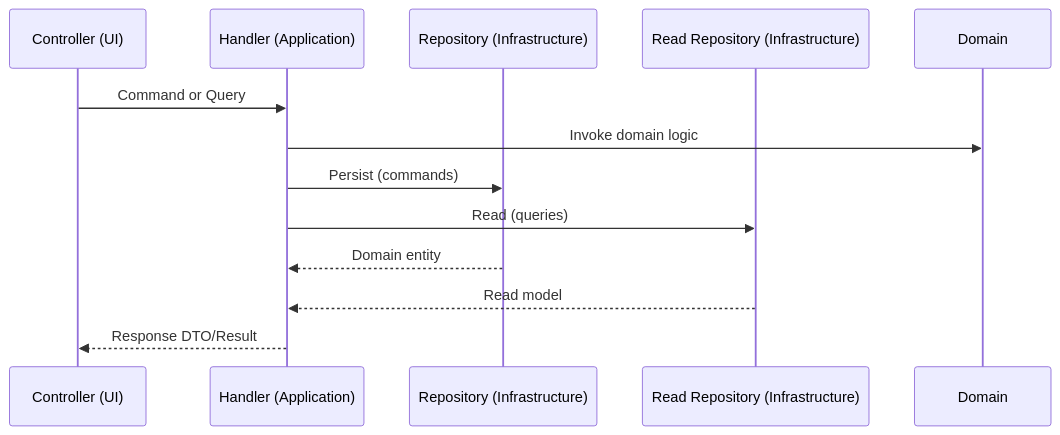
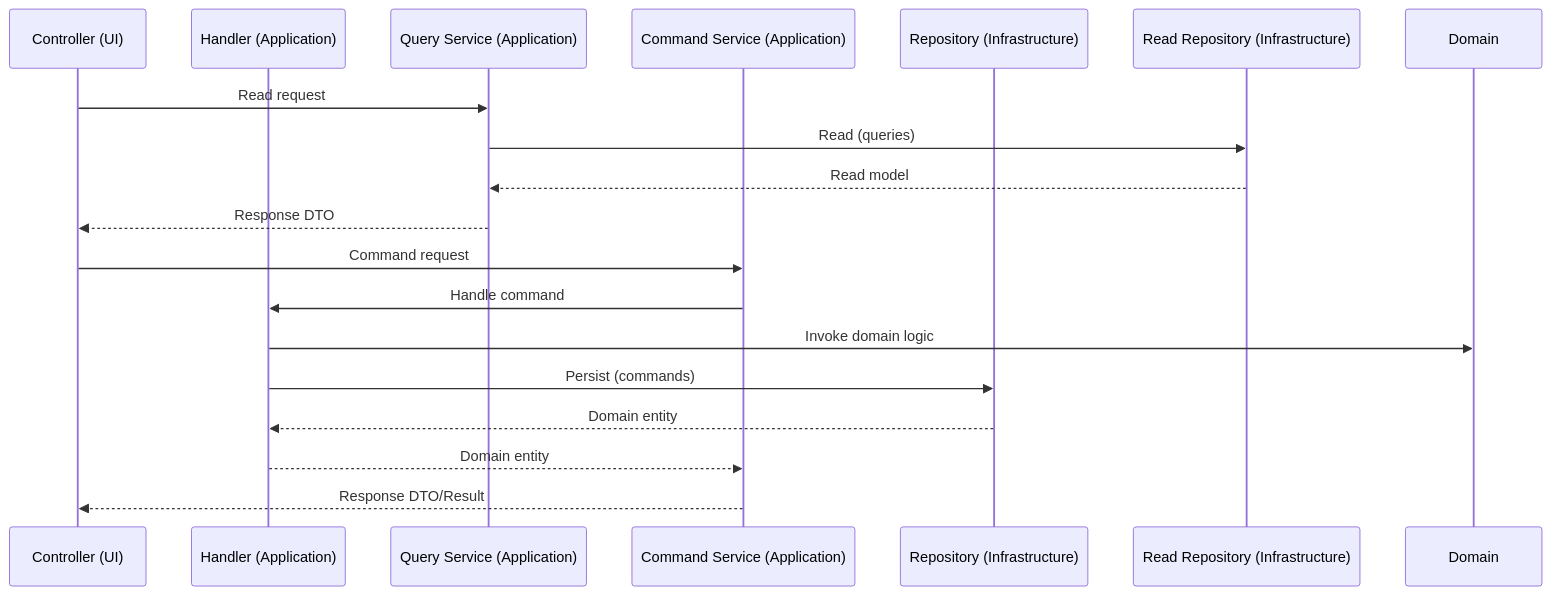
The second of 4 diagrams in docs/ARCHITECTURE.md (resume-haven/resume-haven), drawn with Mermaid before and after one commit. The commit also changed other lines of this file and 3 other files, not shown here.

````diff
--- a/docs/ARCHITECTURE.md
+++ b/docs/ARCHITECTURE.md
@@ -22,16 +22,22 @@
 ```mermaid
 sequenceDiagram
     participant C as Controller (UI)
     participant H as Handler (Application)
+    participant QS as Query Service (Application)
+    participant CS as Command Service (Application)
     participant R as Repository (Infrastructure)
     participant RR as Read Repository (Infrastructure)
     participant D as Domain
 
-    C->>H: Command or Query
+    C->>QS: Read request
+    QS->>RR: Read (queries)
+    RR-->>QS: Read model
+    QS-->>C: Response DTO
+    C->>CS: Command request
+    CS->>H: Handle command
     H->>D: Invoke domain logic
     H->>R: Persist (commands)
-    H->>RR: Read (queries)
     R-->>H: Domain entity
-    RR-->>H: Read model
-    H-->>C: Response DTO/Result
+    H-->>CS: Domain entity
+    CS-->>C: Response DTO/Result
 ```
````
